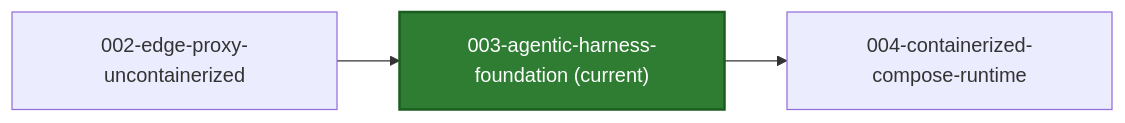
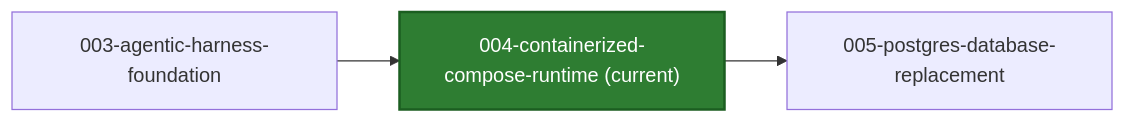
The first of 2 diagrams in README.md (azure-octo/traderX), drawn with Mermaid before and after one commit. The commit also changed other lines of this file and 129 other files, not shown here.

First line of the commit message:
snapshot: 004-containerized-compose-runtime generated from a41e87908ebf8e9d2cd385280eacced32887bb1e

````diff
--- a/README.md
+++ b/README.md
@@ -21,10 +21,10 @@
 ```mermaid
 flowchart LR
-  S_CUR["003-agentic-harness-foundation (current)"]
+  S_CUR["004-containerized-compose-runtime (current)"]
   style S_CUR fill:#2e7d32,stroke:#1b5e20,color:#ffffff,stroke-width:2px
-  S_PREV_002_edge_proxy_uncontainerized["002-edge-proxy-uncontainerized"] --> S_CUR
-  click S_PREV_002_edge_proxy_uncontainerized href "https://github.com/finos/traderX/tree/code%2Fgenerated-state-002-edge-proxy-uncontainerized" "Open branch"
-  S_CUR --> S_NEXT_004_containerized_compose_runtime["004-containerized-compose-runtime"]
-  click S_NEXT_004_containerized_compose_runtime href "https://github.com/finos/traderX/tree/code%2Fgenerated-state-004-containerized-compose-runtime" "Open branch"
-  click S_CUR href "https://github.com/finos/traderX/tree/code%2Fgenerated-state-003-agentic-harness-foundation" "Open current branch"
+  S_PREV_003_agentic_harness_foundation["003-agentic-harness-foundation"] --> S_CUR
+  click S_PREV_003_agentic_harness_foundation href "https://github.com/finos/traderX/tree/code%2Fgenerated-state-003-agentic-harness-foundation" "Open branch"
+  S_CUR --> S_NEXT_005_postgres_database_replacement["005-postgres-database-replacement"]
+  click S_NEXT_005_postgres_database_replacement href "https://github.com/finos/traderX/tree/code%2Fgenerated-state-005-postgres-database-replacement" "Open branch"
+  click S_CUR href "https://github.com/finos/traderX/tree/code%2Fgenerated-state-004-containerized-compose-runtime" "Open current branch"
 ```
````
